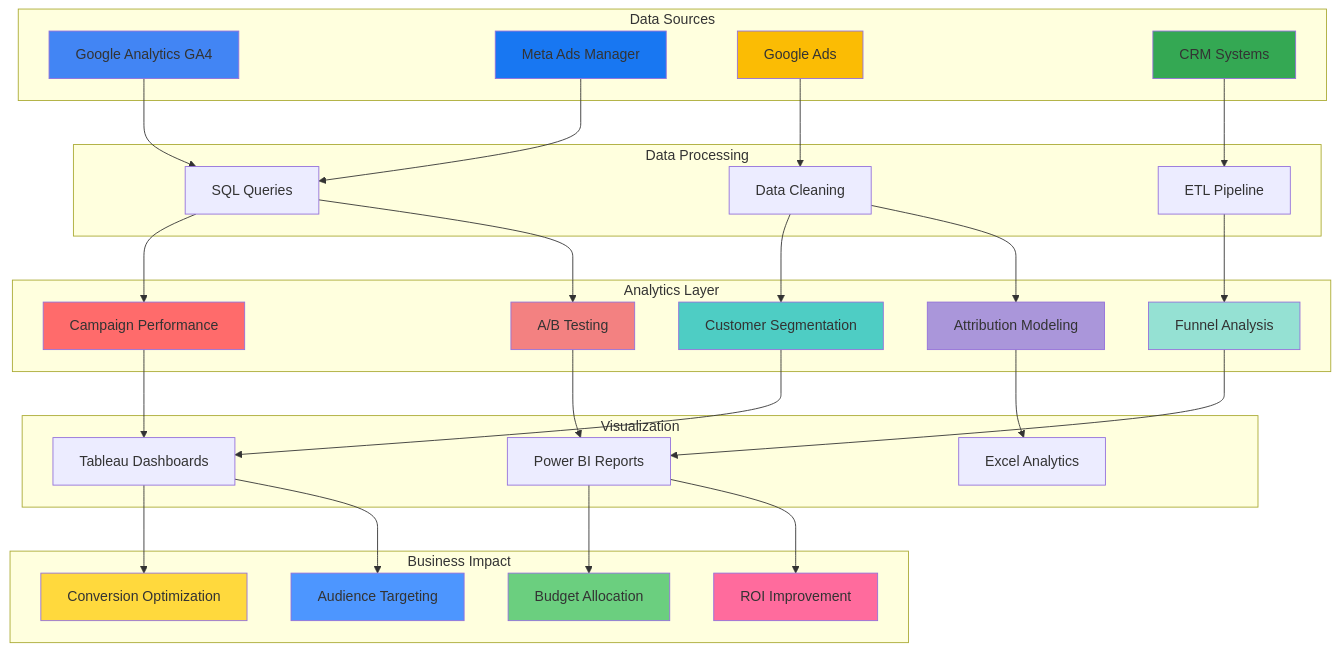
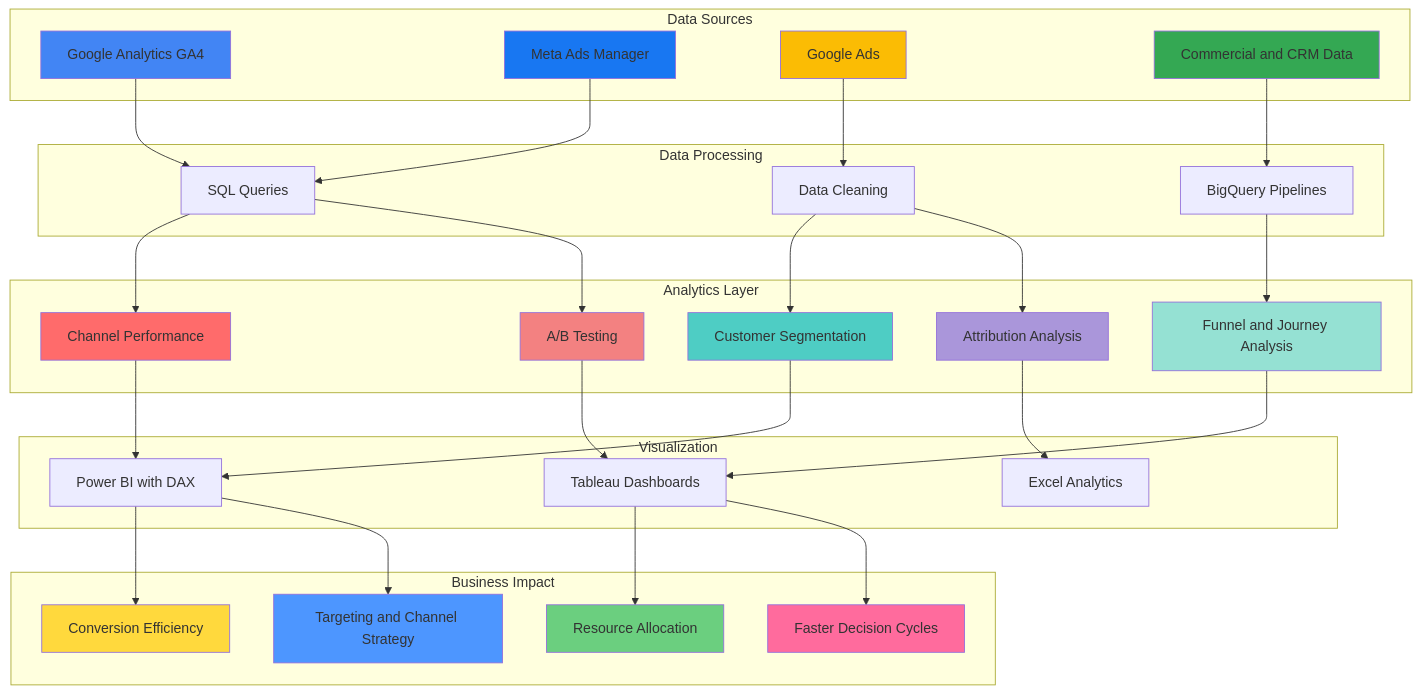
Before and after one commit to aryan131199/aryan131199: the third of 5 diagrams in README.md, drawn with Mermaid. The commit also changed other lines of this file, not shown here.

````diff
--- a/README.md
+++ b/README.md
@@ -108,72 +110,72 @@
 ```mermaid
 flowchart TB
     subgraph Data Sources
         A1[Google Analytics GA4]
         A2[Meta Ads Manager]
         A3[Google Ads]
-        A4[CRM Systems]
+        A4[Commercial and CRM Data]
     end
-    
+
     subgraph Data Processing
         B1[SQL Queries]
         B2[Data Cleaning]
-        B3[ETL Pipeline]
+        B3[BigQuery Pipelines]
     end
-    
+
     subgraph Analytics Layer
-        C1[Campaign Performance]
+        C1[Channel Performance]
         C2[Customer Segmentation]
-        C3[Funnel Analysis]
+        C3[Funnel and Journey Analysis]
         C4[A/B Testing]
-        C5[Attribution Modeling]
+        C5[Attribution Analysis]
     end
-    
+
     subgraph Visualization
-        D1[Tableau Dashboards]
-        D2[Power BI Reports]
+        D1[Power BI with DAX]
+        D2[Tableau Dashboards]
         D3[Excel Analytics]
     end
-    
+
     subgraph Business Impact
-        E1[Conversion Optimization]
-        E2[Budget Allocation]
-        E3[Audience Targeting]
-        E4[ROI Improvement]
+        E1[Conversion Efficiency]
+        E2[Resource Allocation]
+        E3[Targeting and Channel Strategy]
+        E4[Faster Decision Cycles]
     end
-    
+
     A1 --> B1
     A2 --> B1
     A3 --> B2
     A4 --> B3
-    
+
     B1 --> C1
     B2 --> C2
     B3 --> C3
     B1 --> C4
     B2 --> C5
-    
+
     C1 --> D1
     C2 --> D1
     C3 --> D2
     C4 --> D2
     C5 --> D3
-    
+
     D1 --> E1
     D2 --> E2
     D1 --> E3
     D2 --> E4
-    
+
     style A1 fill:#4285F4
     style A2 fill:#1877F2
     style A3 fill:#FBBC04
     style A4 fill:#34A853
     style C1 fill:#FF6B6B
     style C2 fill:#4ECDC4
     style C3 fill:#95E1D3
     style C4 fill:#F38181
     style C5 fill:#AA96DA
     style E1 fill:#FFD93D
     style E2 fill:#6BCF7F
     style E3 fill:#4D96FF
     style E4 fill:#FF6B9D
 ```
````
